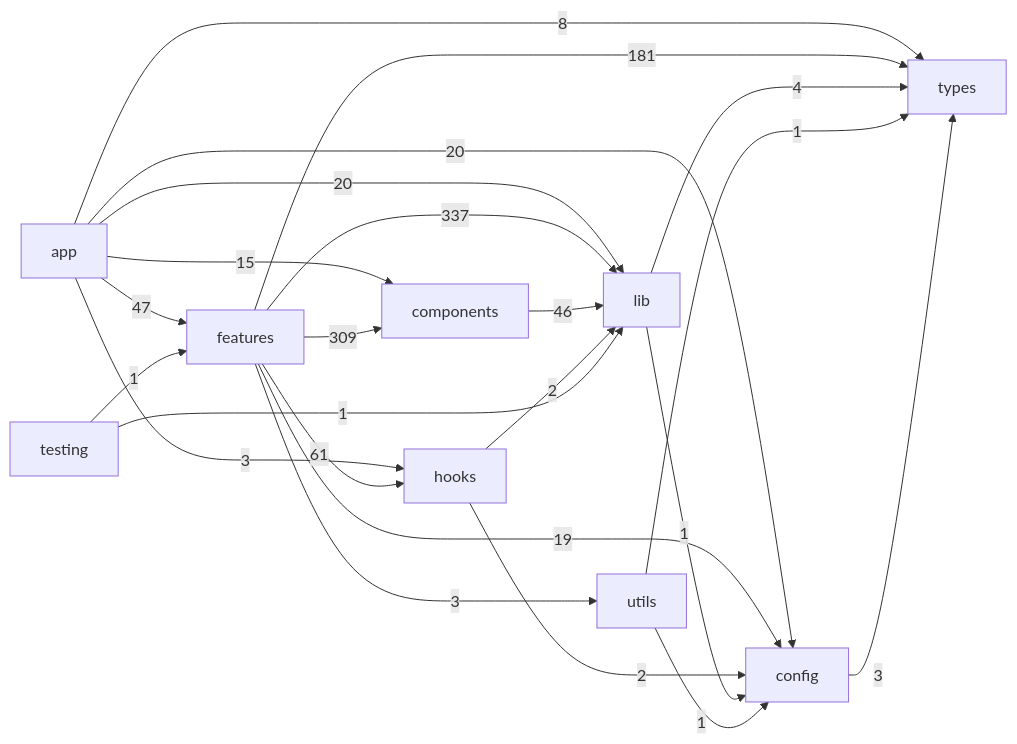
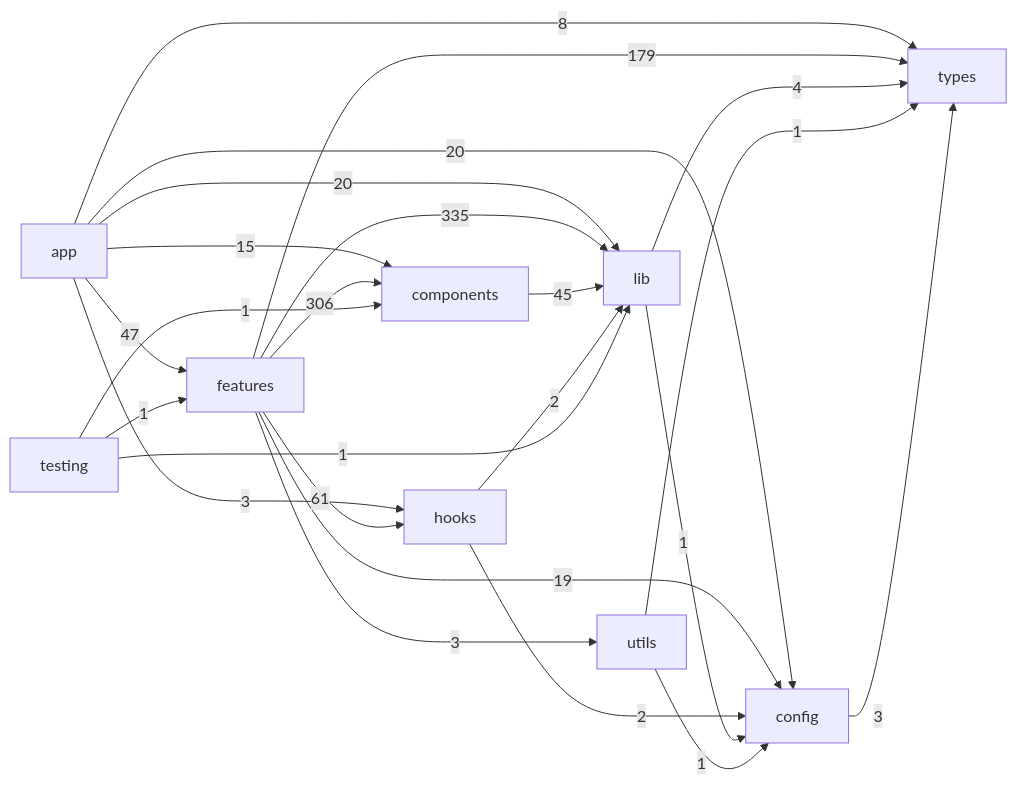
One commit to JohnnyZhao2/LMS changed the diagram in lms_frontend/docs/generated/feature-dependency-graph.md. Above: the diagram before and after it, drawn with Mermaid. The commit also changed other lines of this file and 58 other files, not shown here.

First line of the commit message:
feat: 新增抽查任务贴图支持，优化任务与菜单体系

````diff
--- a/lms_frontend/docs/generated/feature-dependency-graph.md
+++ b/lms_frontend/docs/generated/feature-dependency-graph.md
@@ -7,34 +7,35 @@
 ```mermaid
 flowchart LR
   app["app"]
   features["features"]
   components["components"]
   hooks["hooks"]
   lib["lib"]
   utils["utils"]
   config["config"]
   testing["testing"]
   types["types"]
   app -->|47| features
   app -->|15| components
   app -->|3| hooks
   app -->|20| lib
   app -->|20| config
   app -->|8| types
-  features -->|309| components
+  features -->|306| components
   features -->|61| hooks
-  features -->|337| lib
+  features -->|335| lib
   features -->|3| utils
   features -->|19| config
-  features -->|181| types
-  components -->|46| lib
+  features -->|179| types
+  components -->|45| lib
   hooks -->|2| lib
   hooks -->|2| config
   lib -->|1| config
   lib -->|4| types
   utils -->|1| config
   utils -->|1| types
   config -->|3| types
   testing -->|1| features
+  testing -->|1| components
   testing -->|1| lib
 ```
````
